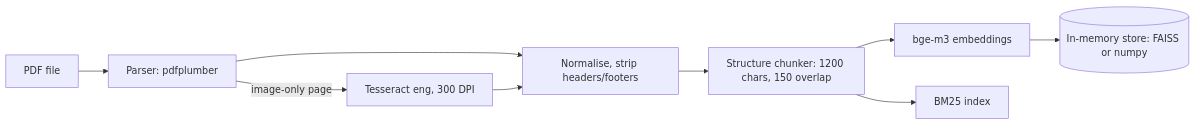
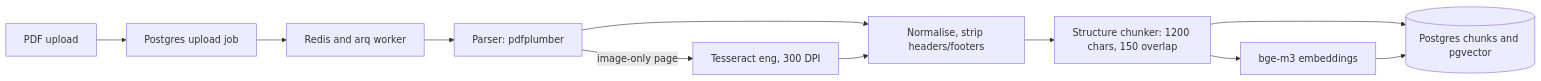
The second of 3 diagrams in docs/ai/FLOW.md (manishtiwari2/agentic-rag-pdf), drawn with Mermaid before and after one commit. The commit also changed other lines of this file and 7 other files, not shown here.

````diff
--- a/docs/ai/FLOW.md
+++ b/docs/ai/FLOW.md
@@ -22,11 +23,13 @@
 ```mermaid
 flowchart LR
-  PDF[PDF file] --> P[Parser: pdfplumber]
+  PDF[PDF upload] --> J[Postgres upload job]
+  J --> A[Redis and arq worker]
+  A --> P[Parser: pdfplumber]
   P -->|image-only page| OCR[Tesseract eng, 300 DPI]
   P --> N[Normalise, strip headers/footers]
   OCR --> N
   N --> C[Structure chunker: 1200 chars, 150 overlap]
   C --> E[bge-m3 embeddings]
-  C --> B[BM25 index]
-  E --> S[(In-memory store: FAISS or numpy)]
+  C --> S[(Postgres chunks and pgvector)]
+  E --> S
 ```
````
